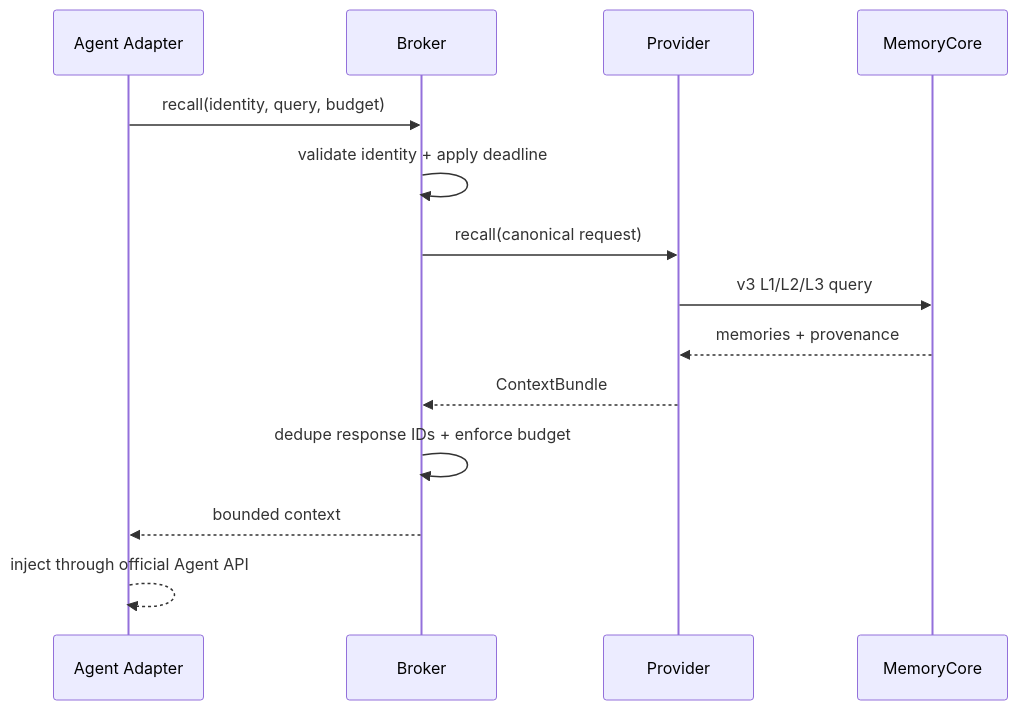
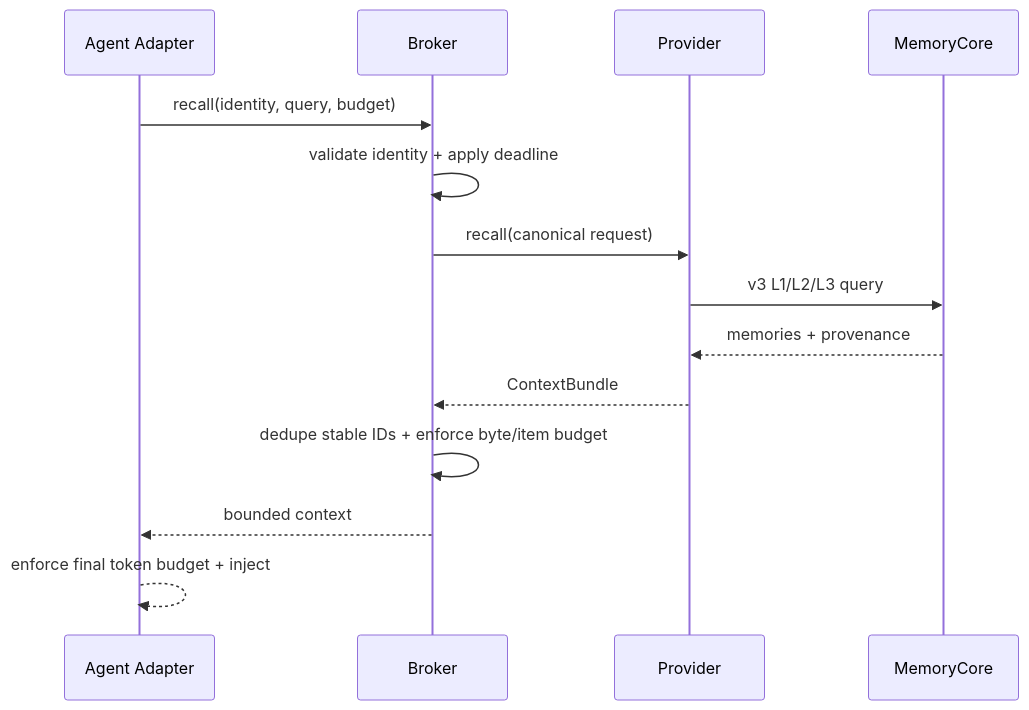
The third of 4 diagrams in docs/superpowers/specs/2026-08-28-mlink-mvp-design.md (Chenkeliang/mlink), drawn with Mermaid before and after one commit. The commit also changed other lines of this file, not shown here.

````diff
--- a/docs/superpowers/specs/2026-08-28-mlink-mvp-design.md
+++ b/docs/superpowers/specs/2026-08-28-mlink-mvp-design.md
@@ -550,17 +761,17 @@
 ```mermaid
 sequenceDiagram
     participant A as Agent Adapter
     participant B as Broker
     participant P as Provider
     participant M as MemoryCore
 
     A->>B: recall(identity, query, budget)
     B->>B: validate identity + apply deadline
     B->>P: recall(canonical request)
     P->>M: v3 L1/L2/L3 query
     M-->>P: memories + provenance
     P-->>B: ContextBundle
-    B->>B: dedupe response IDs + enforce budget
+    B->>B: dedupe stable IDs + enforce byte/item budget
     B-->>A: bounded context
-    A-->>A: inject through official Agent API
+    A-->>A: enforce final token budget + inject
 ```
````
